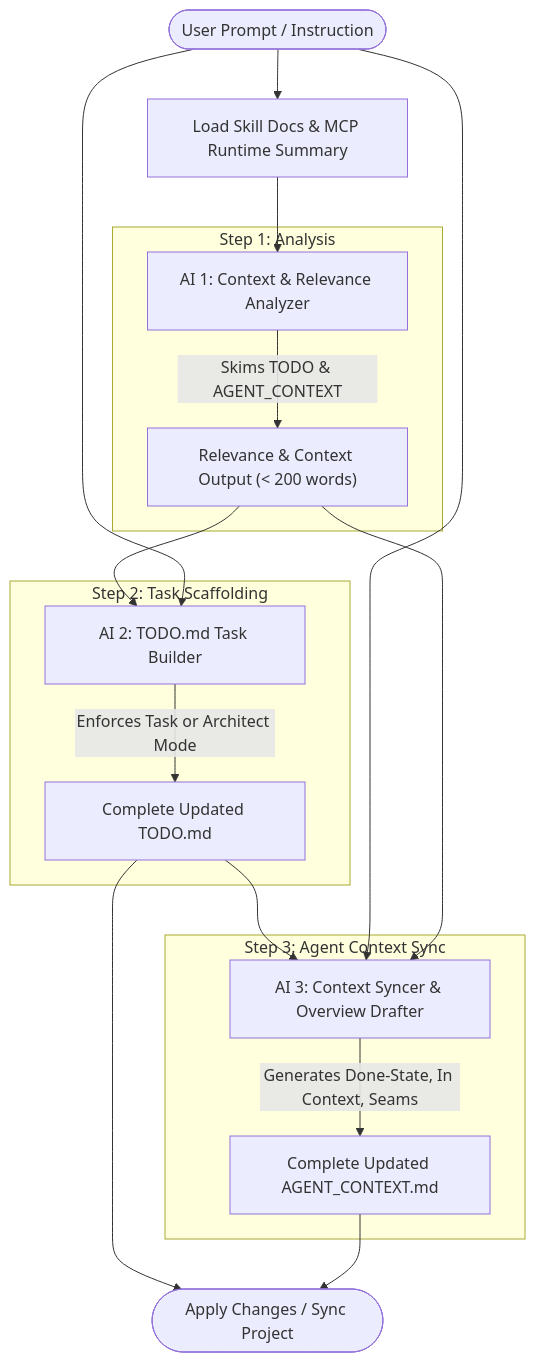
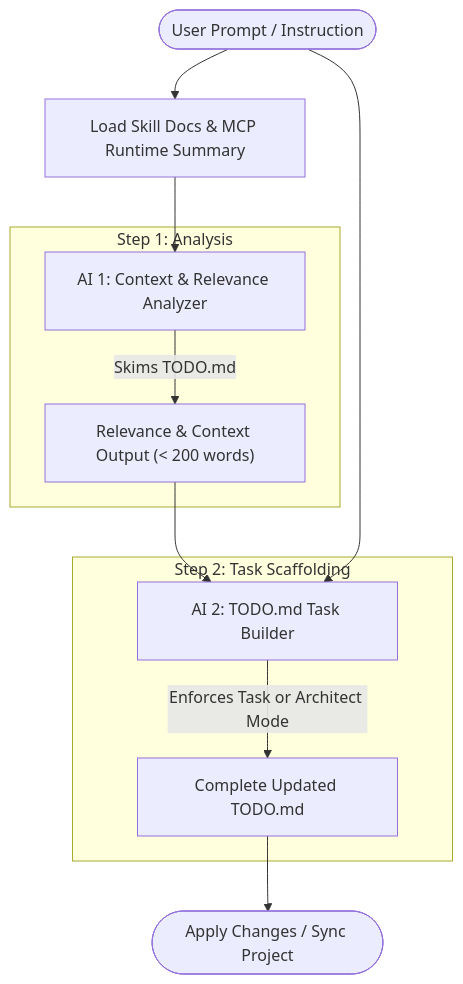
One commit to KonurPapa/ergo changed the first of 2 diagrams in docs/AI_WORKFLOW_ARCHITECTURE.md. Above: the diagram before and after it, drawn with Mermaid. The commit also changed other lines of this file and 69 other files, not shown here.

````diff
--- a/docs/AI_WORKFLOW_ARCHITECTURE.md
+++ b/docs/AI_WORKFLOW_ARCHITECTURE.md
@@ -13,27 +13,18 @@
 ```mermaid
 flowchart TD
     UserPrompt([User Prompt / Instruction]) --> SkillLoad[Load Skill Docs & MCP Runtime Summary]
     SkillLoad --> AI1[AI 1: Context & Relevance Analyzer]
-    
+
     subgraph S1 [Step 1: Analysis]
-        AI1 -->|Skims TODO & AGENT_CONTEXT| AnalysisText["Relevance & Context Output (< 200 words)"]
+        AI1 -->|Skims TODO.md| AnalysisText["Relevance & Context Output (< 200 words)"]
     end
-    
+
     AnalysisText --> AI2[AI 2: TODO.md Task Builder]
     UserPrompt --> AI2
-    
+
     subgraph S2 [Step 2: Task Scaffolding]
         AI2 -->|Enforces Task or Architect Mode| UpdatedTodo["Complete Updated TODO.md"]
     end
-    
-    UpdatedTodo --> AI3[AI 3: Context Syncer & Overview Drafter]
-    UserPrompt --> AI3
-    AnalysisText --> AI3
-    
-    subgraph S3 [Step 3: Agent Context Sync]
-        AI3 -->|Generates Done-State, In Context, Seams| UpdatedAgentContext["Complete Updated AGENT_CONTEXT.md"]
-    end
-    
+
     UpdatedTodo --> Result([Apply Changes / Sync Project])
-    UpdatedAgentContext --> Result
 ```
````
